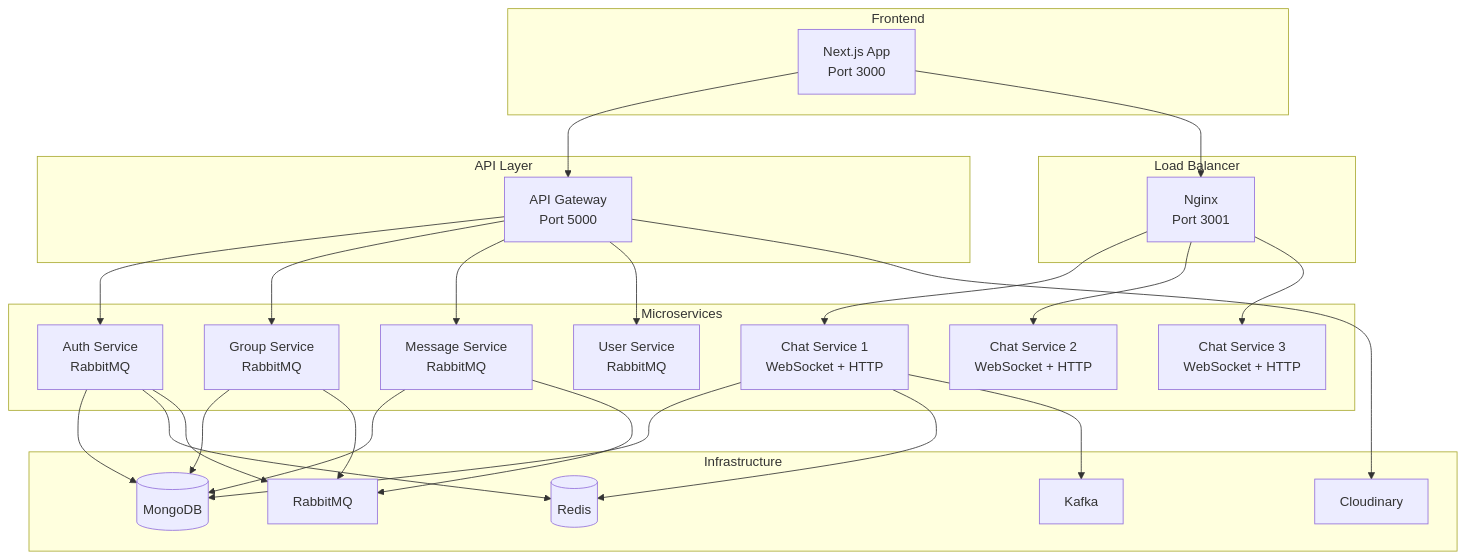
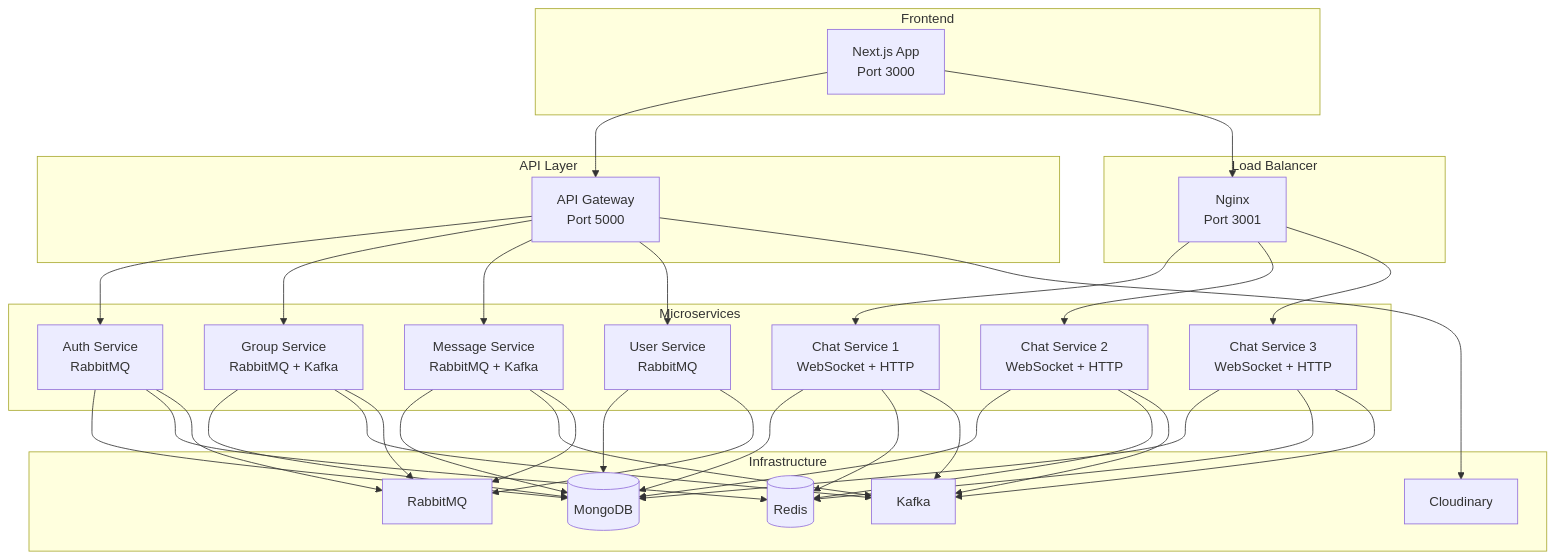
One commit to anshmittal0811/BuzzChat changed the diagram in README.md. Above: the diagram before and after it, drawn with Mermaid.

Commit message:
readme change

````diff
--- a/README.md
+++ b/README.md
@@ -42,57 +42,68 @@
 ```mermaid
 graph TB
     subgraph "Frontend"
         FE[Next.js App<br/>Port 3000]
     end
     
     subgraph "Load Balancer"
         LB[Nginx<br/>Port 3001]
     end
     
     subgraph "API Layer"
         API[API Gateway<br/>Port 5000]
     end
     
     subgraph "Microservices"
         AUTH[Auth Service<br/>RabbitMQ]
         CHAT1[Chat Service 1<br/>WebSocket + HTTP]
         CHAT2[Chat Service 2<br/>WebSocket + HTTP]
         CHAT3[Chat Service 3<br/>WebSocket + HTTP]
-        GROUP[Group Service<br/>RabbitMQ]
-        MSG[Message Service<br/>RabbitMQ]
+        GROUP[Group Service<br/>RabbitMQ + Kafka]
+        MSG[Message Service<br/>RabbitMQ + Kafka]
         USER[User Service<br/>RabbitMQ]
     end
     
     subgraph "Infrastructure"
         MONGO[(MongoDB)]
         REDIS[(Redis)]
         RABBIT[RabbitMQ]
         KAFKA[Kafka]
         CLOUD[Cloudinary]
     end
     
     FE --> API
     FE --> LB
     LB --> CHAT1
     LB --> CHAT2  
     LB --> CHAT3
     API --> AUTH
     API --> GROUP
     API --> MSG
     API --> USER
     API --> CLOUD
     
     AUTH --> MONGO
     AUTH --> REDIS
     AUTH --> RABBIT
     
     CHAT1 --> MONGO
     CHAT1 --> REDIS
     CHAT1 --> KAFKA
+    CHAT2 --> MONGO
+    CHAT2 --> REDIS
+    CHAT2 --> KAFKA
+    CHAT3 --> MONGO
+    CHAT3 --> REDIS
+    CHAT3 --> KAFKA
     
     GROUP --> MONGO
+    GROUP --> KAFKA
     GROUP --> RABBIT
     
     MSG --> MONGO
+    MSG --> KAFKA
     MSG --> RABBIT
+    
+    USER --> MONGO
+    USER --> RABBIT
 ```
````
